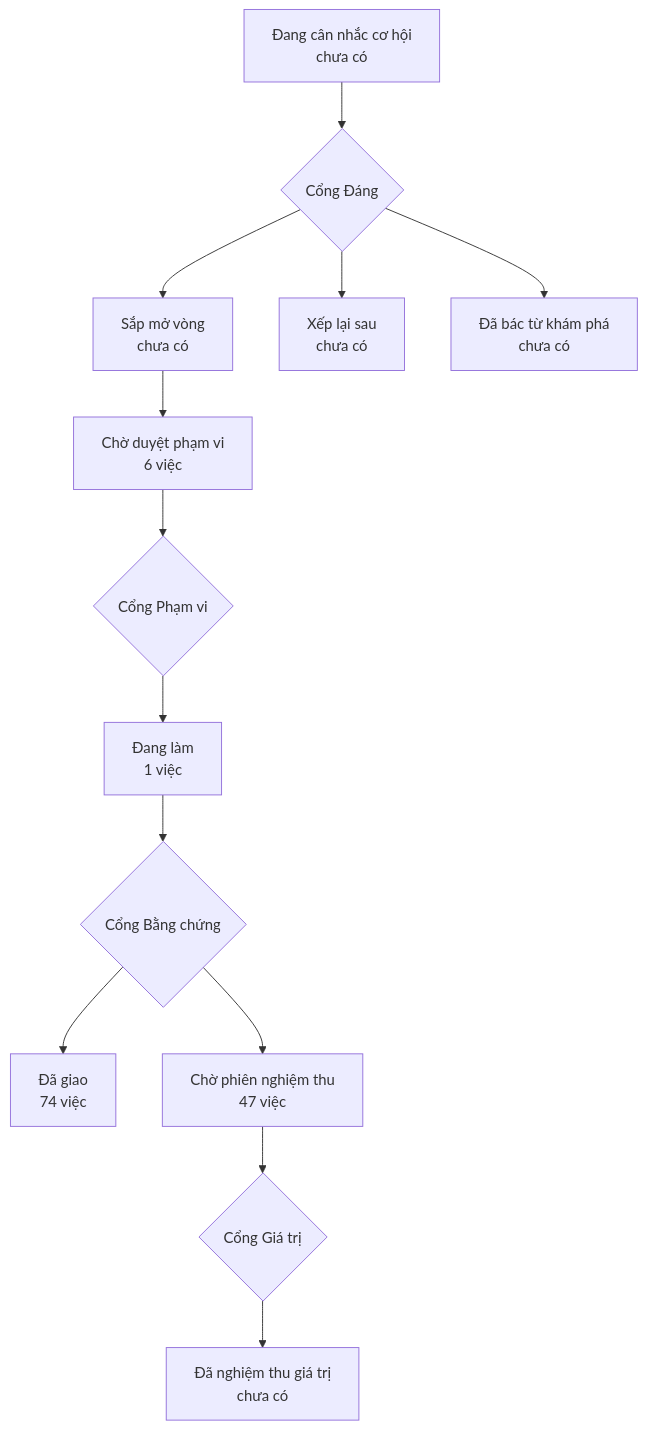
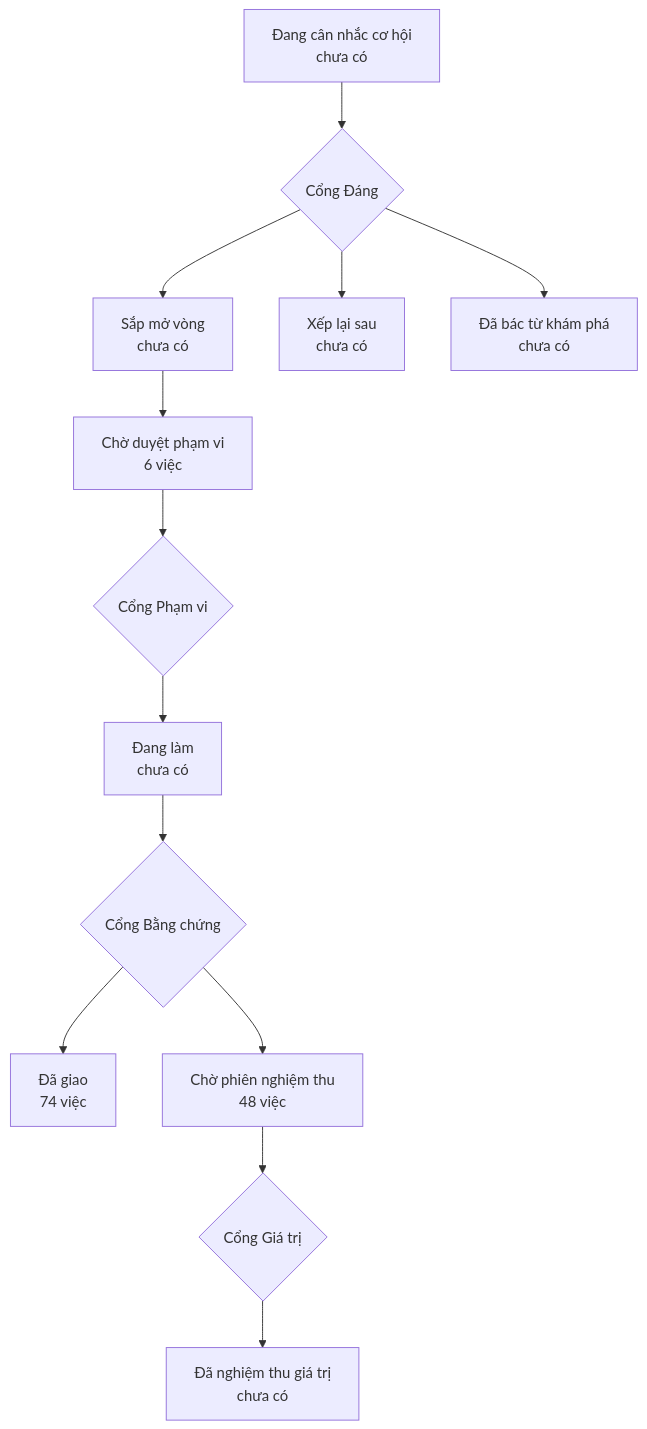
Before and after one commit to phanlemanh/onehub-invest: the diagram in PRODUCT-MAP.md, drawn with Mermaid. The commit also changed other lines of this file and 4 other files, not shown here.

````diff
--- a/PRODUCT-MAP.md
+++ b/PRODUCT-MAP.md
@@ -7,12 +7,12 @@
 ```mermaid
 flowchart TD
   A["Đang cân nhắc cơ hội<br/>chưa có"] --> GD{"Cổng Đáng"}
   GD --> B["Sắp mở vòng<br/>chưa có"]
   GD --> XL["Xếp lại sau<br/>chưa có"]
   GD --> DB["Đã bác từ khám phá<br/>chưa có"]
   B --> CD["Chờ duyệt phạm vi<br/>6 việc"] --> GP{"Cổng Phạm vi"}
-  GP --> DL["Đang làm<br/>1 việc"] --> GB{"Cổng Bằng chứng"}
+  GP --> DL["Đang làm<br/>chưa có"] --> GB{"Cổng Bằng chứng"}
   GB --> DG["Đã giao<br/>74 việc"]
-  GB --> CN["Chờ phiên nghiệm thu<br/>47 việc"] --> GG{"Cổng Giá trị"}
+  GB --> CN["Chờ phiên nghiệm thu<br/>48 việc"] --> GG{"Cổng Giá trị"}
   GG --> NT["Đã nghiệm thu giá trị<br/>chưa có"]
 ```
````
